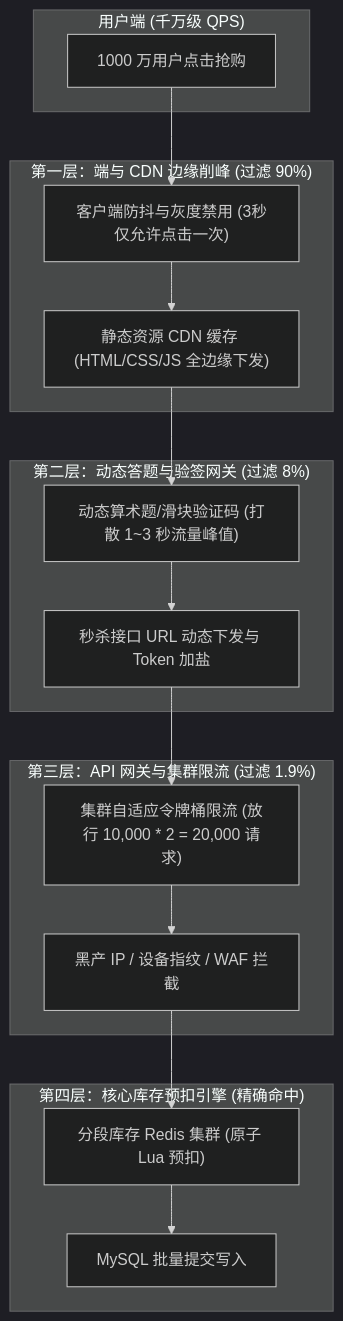
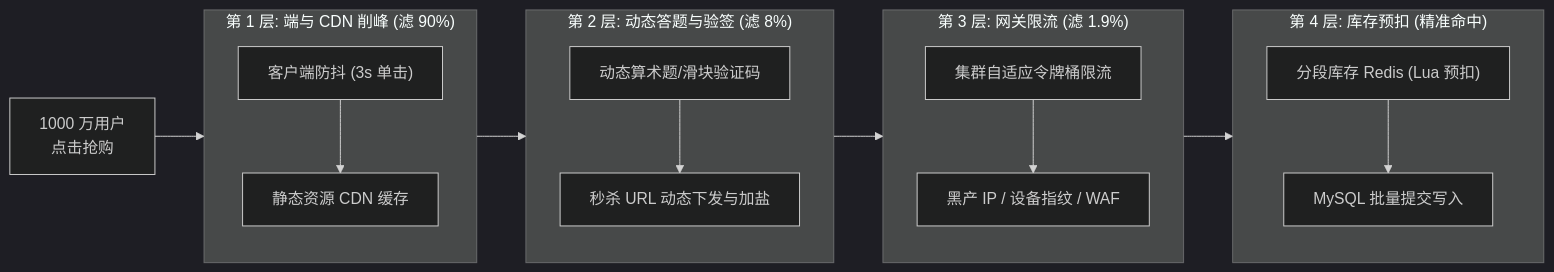
Before and after one commit to MoreConsequence/MoreConsequence.github.io: the first of 4 diagrams in content/posts/interview-deep-dives/interview-56-seckill-flash-sale-inventory-system-design.md, drawn with Mermaid (dark theme). The commit also changed other lines of this file and 835 other files, not shown here.

First line of the commit message:
feat(blog): 全站33篇新增深度专栏与博文全量审核上线及矢量图表优化

````diff
--- a/content/posts/interview-deep-dives/interview-56-seckill-flash-sale-inventory-system-design.md
+++ b/content/posts/interview-deep-dives/interview-56-seckill-flash-sale-inventory-system-design.md
@@ -51,31 +51,34 @@
 ```mermaid
-flowchart TD
-    subgraph Client["用户端 (千万级 QPS)"]
-        User["1000 万用户点击抢购"]
+flowchart LR
+    User["1000 万用户<br/>点击抢购"]
+
+    subgraph Layer1["第 1 层: 端与 CDN 削峰 (滤 90%)"]
+        direction TB
+        Debounce["客户端防抖 (3s 单击)"]
+        EdgeCDN["静态资源 CDN 缓存"]
+        Debounce --> EdgeCDN
     end
 
-    subgraph Layer1["第一层：端与 CDN 边缘削峰 (过滤 90%)"]
-        Debounce["客户端防抖与灰度禁用 (3秒仅允许点击一次)"]
-        EdgeCDN["静态资源 CDN 缓存 (HTML/CSS/JS 全边缘下发)"]
+    subgraph Layer2["第 2 层: 动态答题与验签 (滤 8%)"]
+        direction TB
+        Captcha["动态算术题/滑块验证码"]
+        URLSalting["秒杀 URL 动态下发与加盐"]
+        Captcha --> URLSalting
     end
 
-    subgraph Layer2["第二层：动态答题与验签网关 (过滤 8%)"]
-        Captcha["动态算术题/滑块验证码 (打散 1~3 秒流量峰值)"]
-        URLSalting["秒杀接口 URL 动态下发与 Token 加盐"]
+    subgraph Layer3["第 3 层: 网关限流 (滤 1.9%)"]
+        direction TB
+        TokenBucket["集群自适应令牌桶限流"]
+        Blacklist["黑产 IP / 设备指纹 / WAF"]
+        TokenBucket --> Blacklist
     end
 
-    subgraph Layer3["第三层：API 网关与集群限流 (过滤 1.9%)"]
-        TokenBucket["集群自适应令牌桶限流 (放行 10,000 * 2 = 20,000 请求)"]
-        Blacklist["黑产 IP / 设备指纹 / WAF 拦截"]
+    subgraph Layer4["第 4 层: 库存预扣 (精准命中)"]
+        direction TB
+        RedisCluster["分段库存 Redis (Lua 预扣)"]
+        DB["MySQL 批量提交写入"]
+        RedisCluster --> DB
     end
 
-    subgraph Layer4["第四层：核心库存预扣引擎 (精确命中)"]
-        RedisCluster["分段库存 Redis 集群 (原子 Lua 预扣)"]
-        DB["MySQL 批量提交写入"]
-    end
-
-    User --> Debounce --> EdgeCDN
-    EdgeCDN --> Captcha --> URLSalting
-    URLSalting --> TokenBucket --> Blacklist
-    Blacklist --> RedisCluster --> DB
+    User --> Layer1 --> Layer2 --> Layer3 --> Layer4
 ```
````
